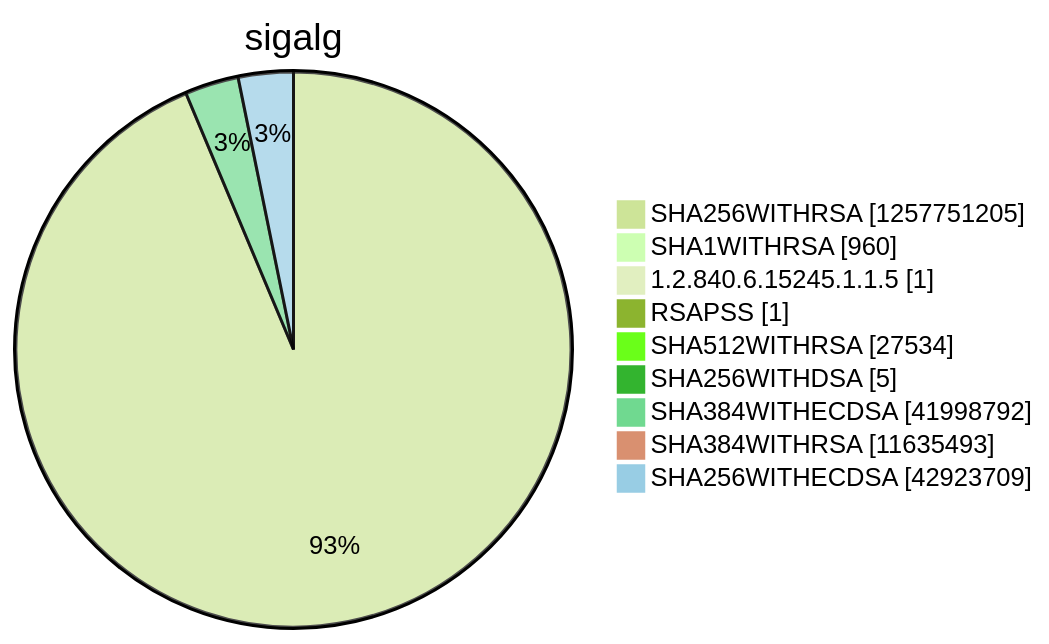
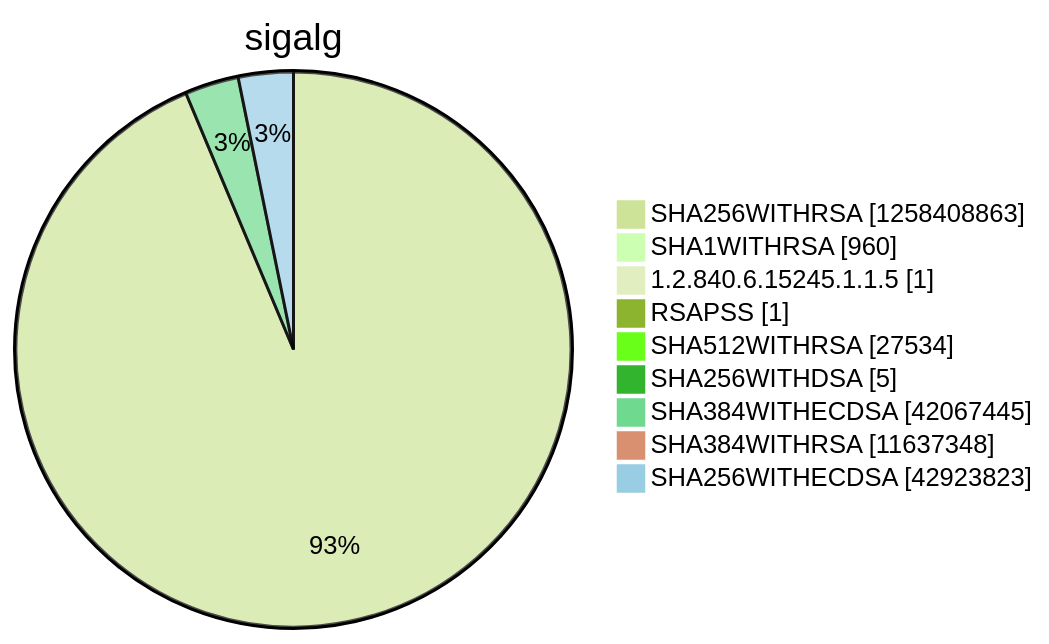
Before and after one commit to christiankrug/ctmonitor_visualization: diagram 15 of 15 in argon2022/README.md, drawn with Mermaid (forest theme). The commit also changed other lines of this file, not shown here.

````diff
--- a/argon2022/README.md
+++ b/argon2022/README.md
@@ -5522,13 +5522,13 @@
 ```mermaid
 pie showData
 title sigalg
-"SHA256WITHRSA" :1257751205
+"SHA256WITHRSA" :1258408863
 "SHA1WITHRSA" :960
 "1.2.840.6.15245.1.1.5" :1
 "RSAPSS" :1
 "SHA512WITHRSA" :27534
 "SHA256WITHDSA" :5
-"SHA384WITHECDSA" :41998792
-"SHA384WITHRSA" :11635493
-"SHA256WITHECDSA" :42923709
+"SHA384WITHECDSA" :42067445
+"SHA384WITHRSA" :11637348
+"SHA256WITHECDSA" :42923823
 ```
````
